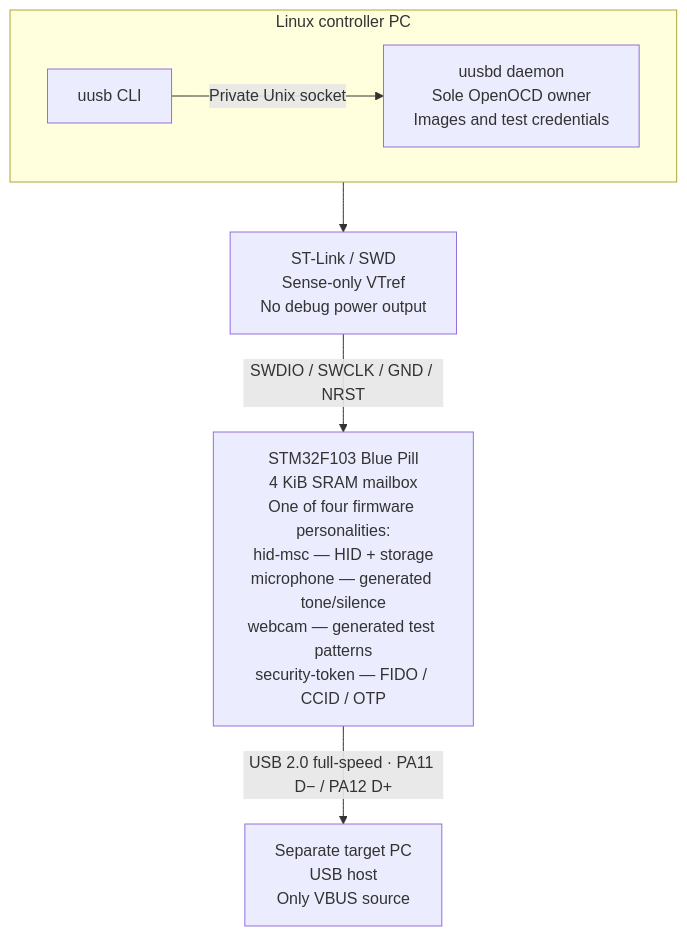
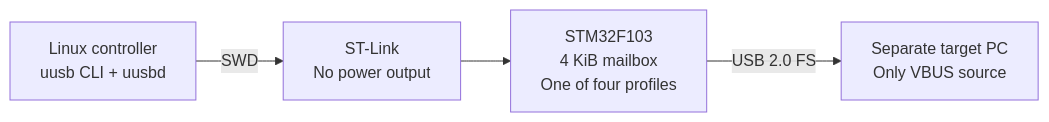
Before and after one commit to Hunter-124/universal-usb: the diagram in README.md, drawn with Mermaid. The commit also changed other lines of this file, not shown here.

Commit message:
docs: keep USB topology preview compact

````diff
--- a/README.md
+++ b/README.md
@@ -14,10 +14,6 @@
 ```mermaid
-flowchart TB
-    subgraph Controller["Linux controller PC"]
-        direction LR
-        CLI["uusb CLI"] -->|"Private Unix socket"| Daemon["uusbd daemon<br/>Sole OpenOCD owner<br/>Images and test credentials"]
-    end
-    Daemon --> Probe["ST-Link / SWD<br/>Sense-only VTref<br/>No debug power output"]
-    Probe -->|"SWDIO / SWCLK / GND / NRST"| STM32["STM32F103 Blue Pill<br/>4 KiB SRAM mailbox<br/>One of four firmware personalities:<br/>hid-msc — HID + storage<br/>microphone — generated tone/silence<br/>webcam — generated test patterns<br/>security-token — FIDO / CCID / OTP"]
-    STM32 -->|"USB 2.0 full-speed · PA11 D− / PA12 D+"| Target["Separate target PC<br/>USB host<br/>Only VBUS source"]
+flowchart LR
+    Controller["Linux controller<br/>uusb CLI + uusbd"] -->|"SWD"| Probe["ST-Link<br/>No power output"]
+    Probe --> STM32["STM32F103<br/>4 KiB mailbox<br/>One of four profiles"]
+    STM32 -->|"USB 2.0 FS"| Target["Separate target PC<br/>Only VBUS source"]
 ```
````
